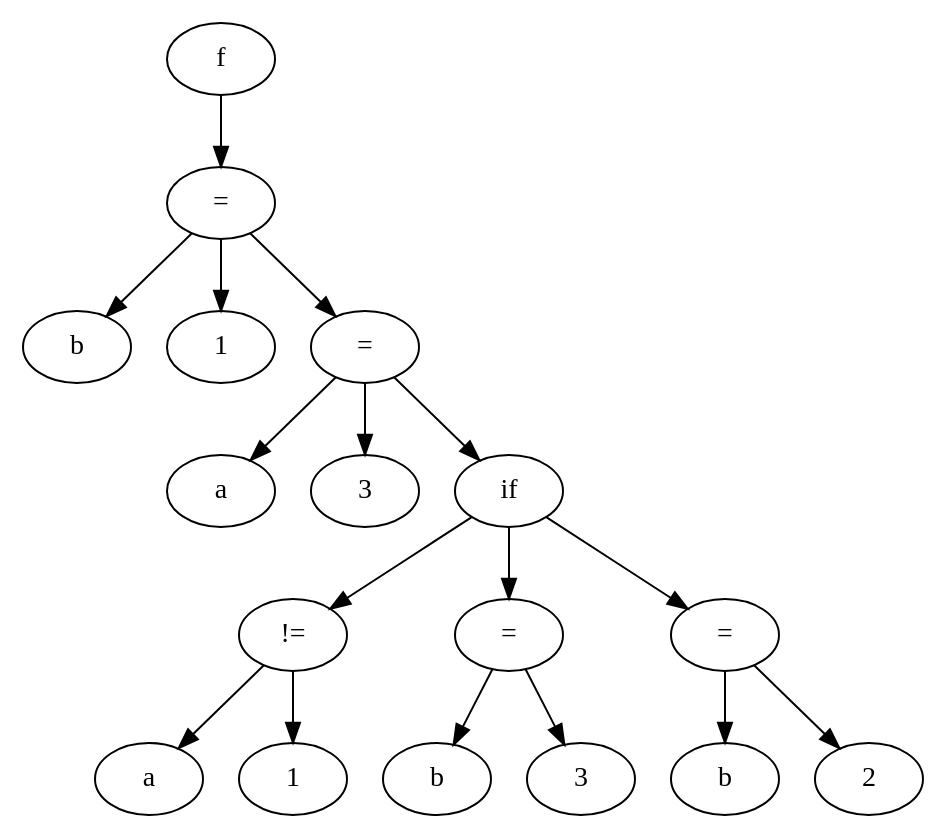
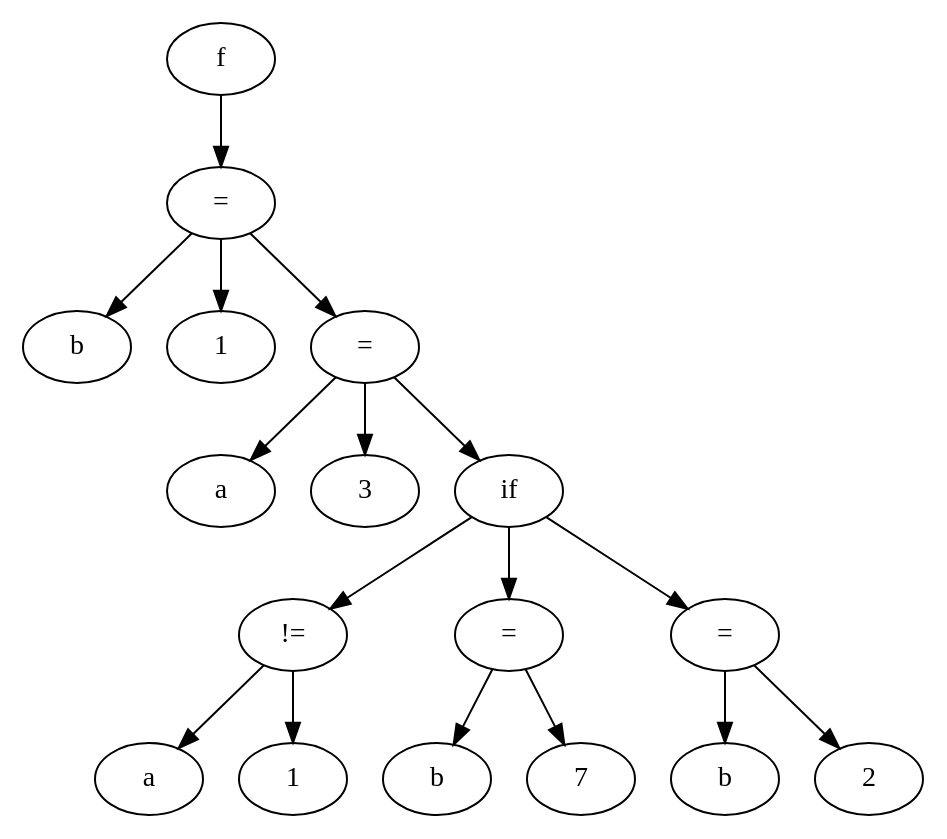
One commit to FelipeSchnitzler/trabalho_compiladores_INF01147 changed the diagram in etapa5/saida.dot. Above: the diagram before and after it, drawn with Graphviz. The commit also changed 4 other files, not shown here.

```diff
--- a/etapa5/saida.dot
+++ b/etapa5/saida.dot
@@ -1,35 +1,35 @@
 digraph grafo {
-  66454544 [ label="f" ];
-  66454544 -> 66456544;
-  66456544 [ label="=" ];
-  66456544 -> 66456624;
-  66456624 [ label="b" ];
-  66456544 -> 66455184;
-  66455184 [ label="1" ];
-  66456544 -> 66457184;
-  66457184 [ label="=" ];
-  66457184 -> 66457264;
-  66457264 [ label="a" ];
-  66457184 -> 66456864;
-  66456864 [ label="3" ];
-  66457184 -> 66459232;
-  66459232 [ label="if" ];
-  66459232 -> 66458080;
-  66458080 [ label="!=" ];
-  66458080 -> 66457408;
-  66457408 [ label="a" ];
-  66458080 -> 66457760;
-  66457760 [ label="1" ];
-  66459232 -> 66459040;
-  66459040 [ label="=" ];
-  66459040 -> 66459120;
-  66459120 [ label="b" ];
-  66459040 -> 66458720;
-  66458720 [ label="3" ];
-  66459232 -> 66460288;
-  66460288 [ label="=" ];
-  66460288 -> 66460368;
-  66460368 [ label="b" ];
-  66460288 -> 66459968;
-  66459968 [ label="2" ];
+  197858320 [ label="f" ];
+  197858320 -> 197860320;
+  197860320 [ label="=" ];
+  197860320 -> 197860400;
+  197860400 [ label="b" ];
+  197860320 -> 197858960;
+  197858960 [ label="1" ];
+  197860320 -> 197860960;
+  197860960 [ label="=" ];
+  197860960 -> 197861040;
+  197861040 [ label="a" ];
+  197860960 -> 197860640;
+  197860640 [ label="3" ];
+  197860960 -> 197863008;
+  197863008 [ label="if" ];
+  197863008 -> 197861856;
+  197861856 [ label="!=" ];
+  197861856 -> 197861184;
+  197861184 [ label="a" ];
+  197861856 -> 197861536;
+  197861536 [ label="1" ];
+  197863008 -> 197862816;
+  197862816 [ label="=" ];
+  197862816 -> 197862896;
+  197862896 [ label="b" ];
+  197862816 -> 197862496;
+  197862496 [ label="7" ];
+  197863008 -> 197864064;
+  197864064 [ label="=" ];
+  197864064 -> 197864144;
+  197864144 [ label="b" ];
+  197864064 -> 197863744;
+  197863744 [ label="2" ];
 }
```
